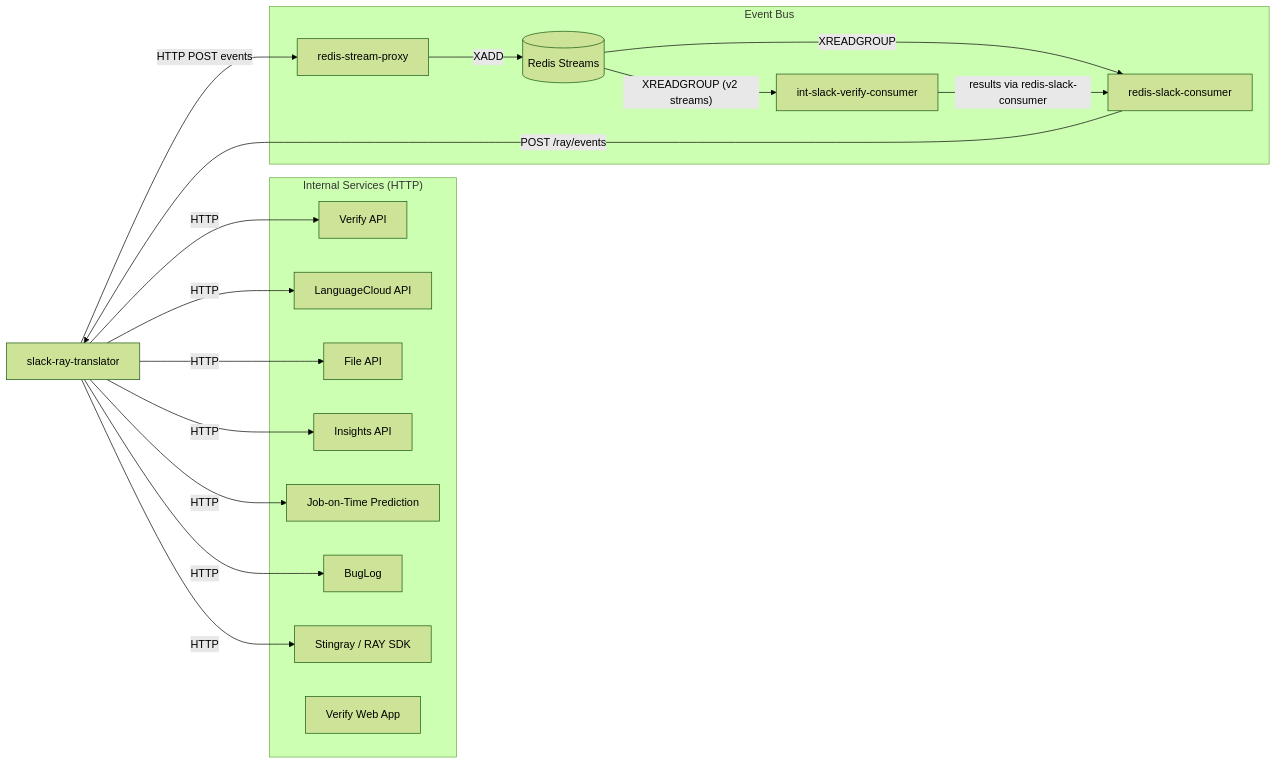
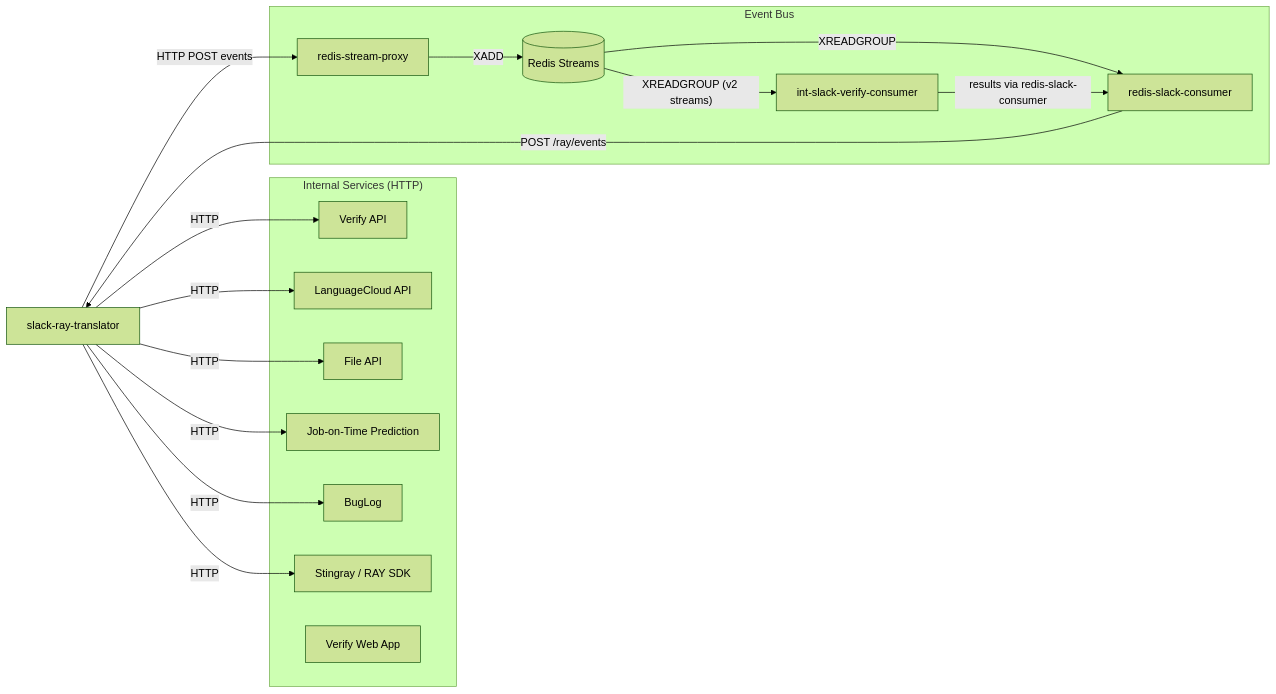
The diagram in docs/internal-services.md (strakergroup/Nake-Agentic-Slack), drawn with Mermaid (forest theme) before and after one commit. The commit also changed other lines of this file and 4 other files, not shown here.

````diff
--- a/docs/internal-services.md
+++ b/docs/internal-services.md
@@ -11,36 +11,36 @@
 ```mermaid
 flowchart LR
     App["slack-ray-translator"]
 
     subgraph "Internal Services (HTTP)"
         VerifyAPI["Verify API"]
         LCAPI["LanguageCloud API"]
         FileAPI["File API"]
-        InsightsAPI["Insights API"]
+
         JOTPrediction["Job-on-Time Prediction"]
         BugLog["BugLog"]
         Stingray["Stingray / RAY SDK"]
         VerifyUI["Verify Web App"]
     end
 
     subgraph "Event Bus"
         StreamProxy["redis-stream-proxy"]
         Redis[(Redis Streams)]
         SlackConsumer["redis-slack-consumer"]
         VerifyConsumer["int-slack-verify-consumer"]
     end
 
     App -->|HTTP| VerifyAPI
     App -->|HTTP| LCAPI
     App -->|HTTP| FileAPI
-    App -->|HTTP| InsightsAPI
+
     App -->|HTTP| JOTPrediction
     App -->|HTTP| BugLog
     App -->|HTTP| Stingray
     App -->|HTTP POST events| StreamProxy
     StreamProxy -->|XADD| Redis
     Redis -->|XREADGROUP| SlackConsumer
     Redis -->|"XREADGROUP (v2 streams)"| VerifyConsumer
     SlackConsumer -->|POST /ray/events| App
     VerifyConsumer -->|"results via redis-slack-consumer"| SlackConsumer
 ```
````
